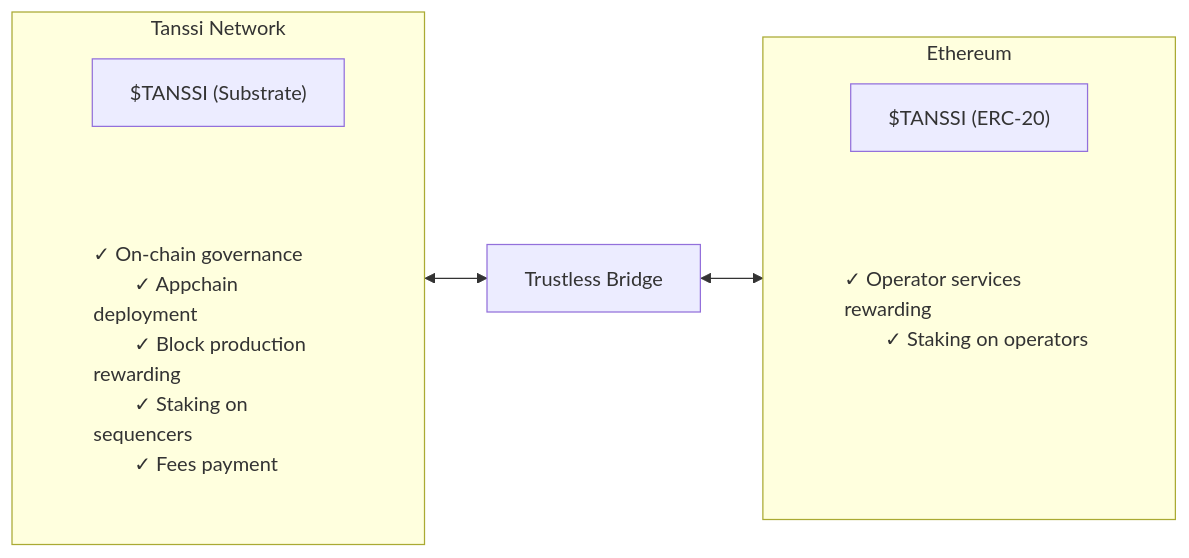
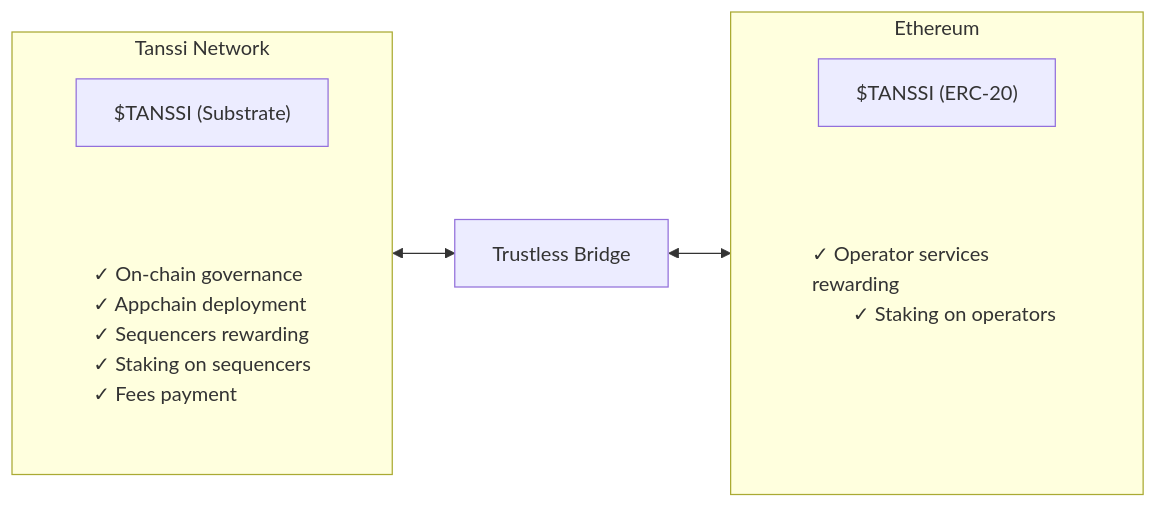
The diagram in builders/tanssi-network/tanssi-token.md (moondance-labs/tanssi-docs), drawn with Mermaid before and after one commit. The commit also changed other lines of this file, not shown here.

````diff
--- a/builders/tanssi-network/tanssi-token.md
+++ b/builders/tanssi-network/tanssi-token.md
@@ -42,33 +42,33 @@
 ```mermaid
 flowchart LR
     subgraph Tanssi_Network ["Tanssi Network"]
         Tanssi_Substrate["$TANSSI (Substrate)"]
         Tanssi_Substrate_Utility["✓ On-chain governance
         ✓ Appchain deployment
-        ✓ Block production rewarding
+        ✓ Sequencers rewarding
         ✓ Staking on sequencers
         ✓ Fees payment
         "]
         Tanssi_Substrate --> Tanssi_Substrate_Utility
     end
 
     subgraph Ethereum_Network ["Ethereum"]
         Tanssi_ERC20["$TANSSI (ERC-20)"]
         Tanssi_ERC20_Utility["✓ Operator services rewarding
         ✓ Staking on operators
         <pre> </pre>
         "]
         Tanssi_ERC20 --> Tanssi_ERC20_Utility
     end
 
     Bridge["Trustless Bridge"]
 
     Tanssi_Network <--> Bridge <--> Ethereum_Network
 
     %% Apply custom style to utility nodes
     classDef utility_style fill: transparent, stroke: transparent, text-align: start;
     class Tanssi_Substrate_Utility,Tanssi_ERC20_Utility utility_style;
     %% Make utility arrows transparent
     linkStyle 0 stroke:transparent,fill:transparent;
     linkStyle 1 stroke:transparent,fill:transparent;
 ```
````
